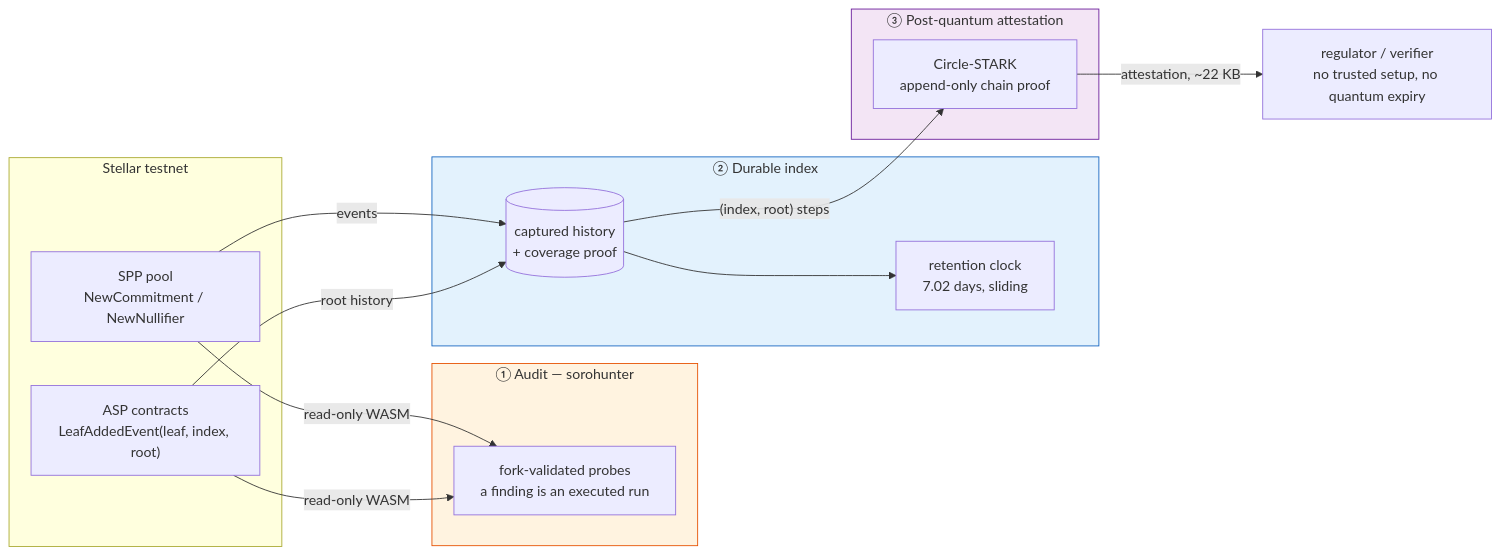
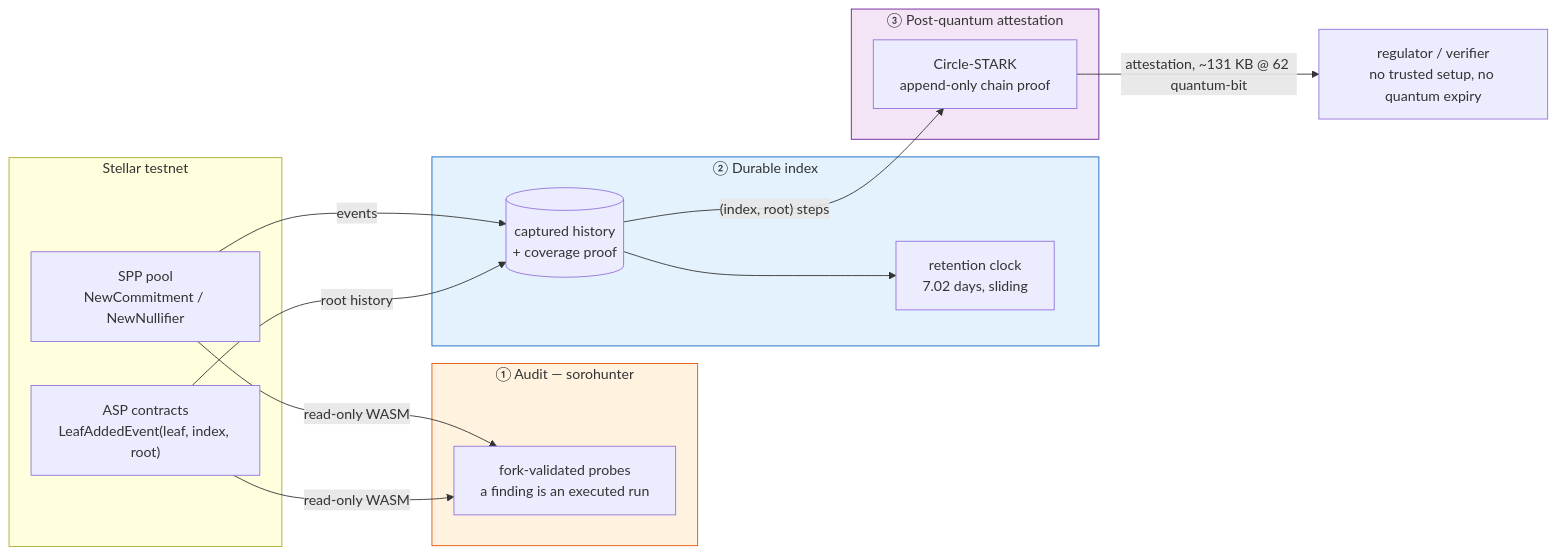
The second of 4 diagrams in README.md (Galmanus/spp-compliance-layer), drawn with Mermaid before and after one commit. The commit also changed other lines of this file and 8 other files, not shown here.

````diff
--- a/README.md
+++ b/README.md
@@ -71,32 +71,32 @@
 ```mermaid
 flowchart LR
     subgraph chain["Stellar testnet"]
         pool["SPP pool<br/>NewCommitment / NewNullifier"]
         asp["ASP contracts<br/>LeafAddedEvent(leaf, index, root)"]
     end
 
     subgraph L1["① Audit — sorohunter"]
         probe["fork-validated probes<br/>a finding is an executed run"]
     end
 
     subgraph L2["② Durable index"]
         idx[("captured history<br/>+ coverage proof")]
         clock["retention clock<br/>7.02 days, sliding"]
     end
 
     subgraph L3["③ Post-quantum attestation"]
         stark["Circle-STARK<br/>append-only chain proof"]
     end
 
     pool -->|read-only WASM| probe
     asp  -->|read-only WASM| probe
     pool -->|events| idx
     asp  -->|root history| idx
     idx  --> clock
     idx  -->|"(index, root) steps"| stark
-    stark -->|"attestation, ~22 KB"| reg["regulator / verifier<br/>no trusted setup, no quantum expiry"]
+    stark -->|"attestation, ~131 KB @ 62 quantum-bit"| reg["regulator / verifier<br/>no trusted setup, no quantum expiry"]
 
     style L1 fill:#fff3e0,stroke:#e65100
     style L2 fill:#e3f2fd,stroke:#1565c0
     style L3 fill:#f3e5f5,stroke:#6a1b9a
 ```
````
